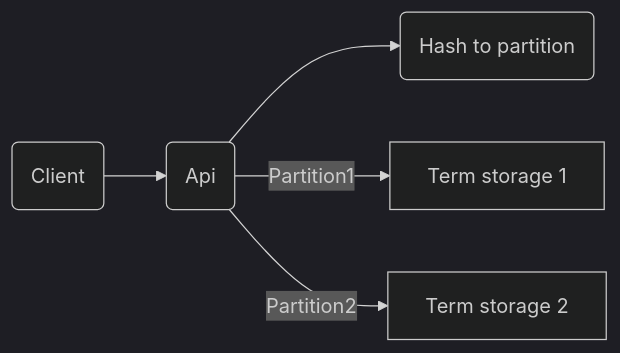
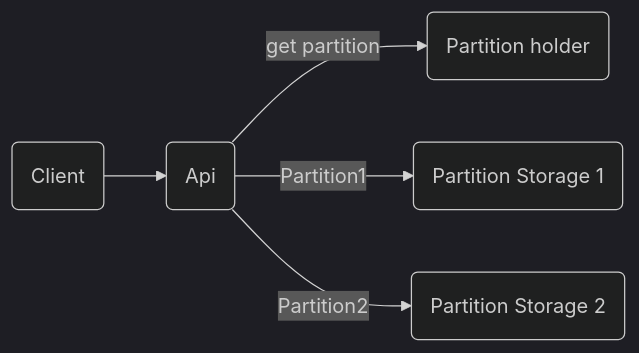
Before and after one commit to ohhi-vn/super_cache: the second of 2 diagrams in README.md, drawn with Mermaid (dark theme). The commit also changed other lines of this file and 5 other files, not shown here.

````diff
--- a/README.md
+++ b/README.md
@@ -37,7 +37,7 @@
 ```mermaid
 graph LR
 Client(Client) --> Api(Api)
-    Api-->Hash(Hash to partition)
-    Api-->|Partition1| E1[Term storage 1]
-    Api-->|Partition2| E2[Term storage 2]
+    Api-->|get partition|Part(Partition holder)
+    Api-->|Partition1| E1(Partition Storage 1)
+    Api-->|Partition2| E2(Partition Storage 2)
 ```
````
